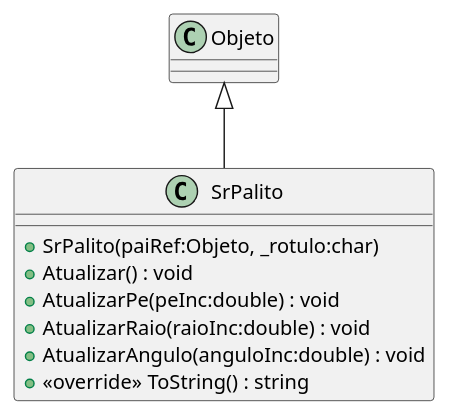
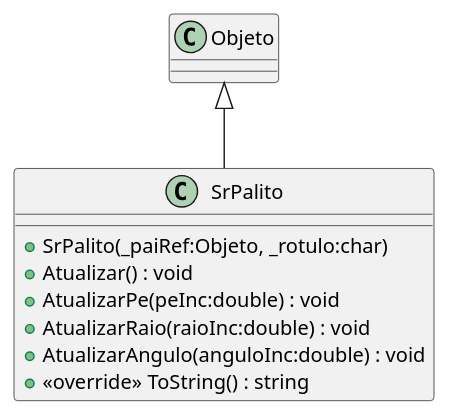
One commit to dalton-reis/CG_2024_1 changed the diagram in Unidade2/CG_N2_Exemplo/plantuml/SrPalito.puml. Above: the diagram before and after it, drawn with PlantUML. The commit also changed 42 other files, not shown here.

```diff
--- a/Unidade2/CG_N2_Exemplo/plantuml/SrPalito.puml
+++ b/Unidade2/CG_N2_Exemplo/plantuml/SrPalito.puml
@@ -1,11 +1,11 @@
 @startuml
 class SrPalito {
-    + SrPalito(paiRef:Objeto, _rotulo:char)
+    + SrPalito(_paiRef:Objeto, _rotulo:char)
     + Atualizar() : void
     + AtualizarPe(peInc:double) : void
     + AtualizarRaio(raioInc:double) : void
     + AtualizarAngulo(anguloInc:double) : void
     + <<override>> ToString() : string
 }
 Objeto <|-- SrPalito
 @enduml
```
